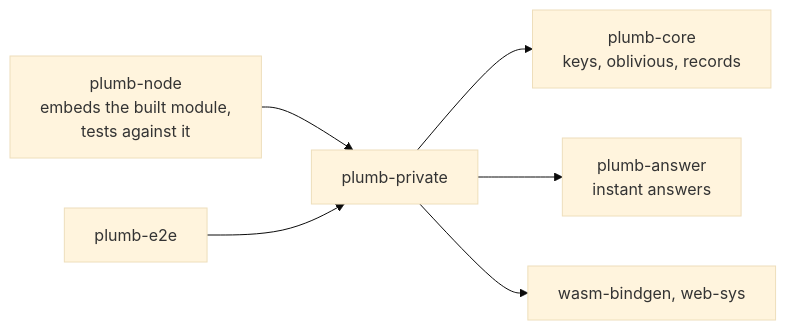
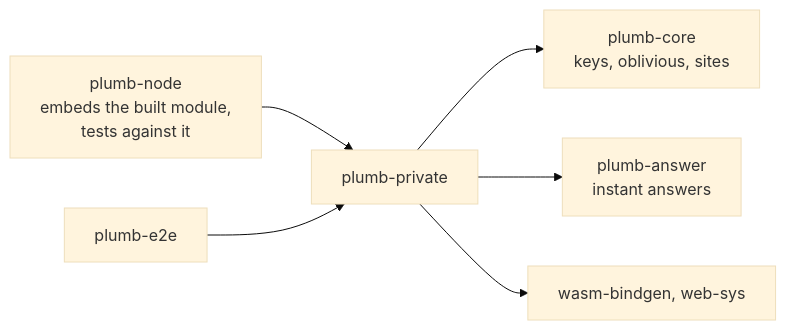
Before and after one commit to SueHeir/plumb-search: the first of 2 diagrams in crates/plumb-private/README.md, drawn with Mermaid (base theme). The commit also changed other lines of this file and 13 other files, not shown here.

````diff
--- a/crates/plumb-private/README.md
+++ b/crates/plumb-private/README.md
@@ -9,8 +9,8 @@
 ```mermaid
 flowchart LR
     node["plumb-node<br/>embeds the built module,<br/>tests against it"] --> private["plumb-private"]
     e2e["plumb-e2e"] --> private
-    private --> core["plumb-core<br/>keys, oblivious, records"]
+    private --> core["plumb-core<br/>keys, oblivious, sites"]
     private --> answer["plumb-answer<br/>instant answers"]
     private --> bindgen["wasm-bindgen, web-sys"]
 ```
````
